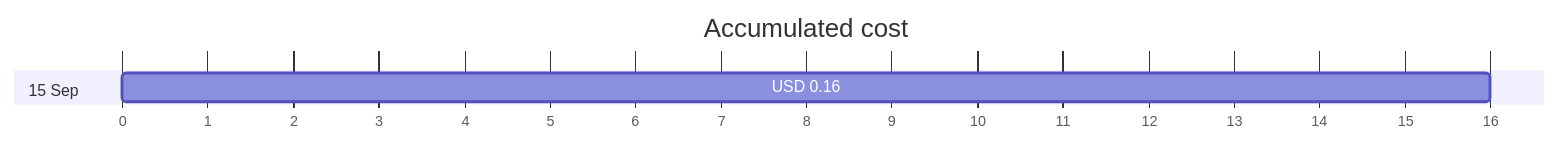
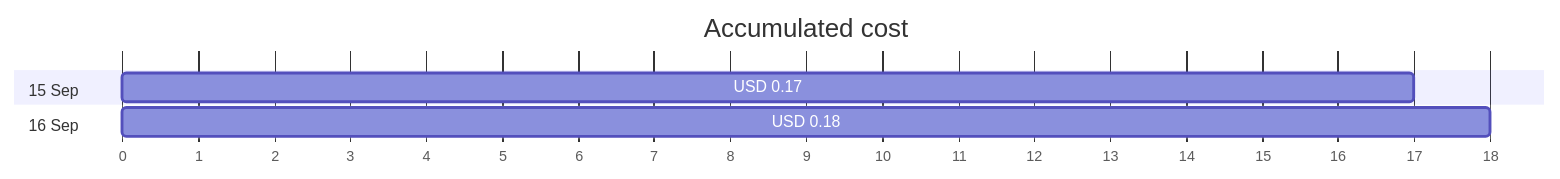
Before and after one commit to jpfulton/azure-personal-reports: the first of 4 diagrams in cost-reports/personal-network/vpn-server.md, drawn with Mermaid. The commit also changed other lines of this file and 17 other files, not shown here.

````diff
--- a/cost-reports/personal-network/vpn-server.md
+++ b/cost-reports/personal-network/vpn-server.md
@@ -20,8 +20,10 @@
 ```mermaid
 gantt
    title Accumulated cost
    dateFormat  X
    axisFormat %s
    section 15 Sep
-   USD 0.16 :0, 16
+   USD 0.17 :0, 17
+   section 16 Sep
+   USD 0.18 :0, 18
 ```
````
